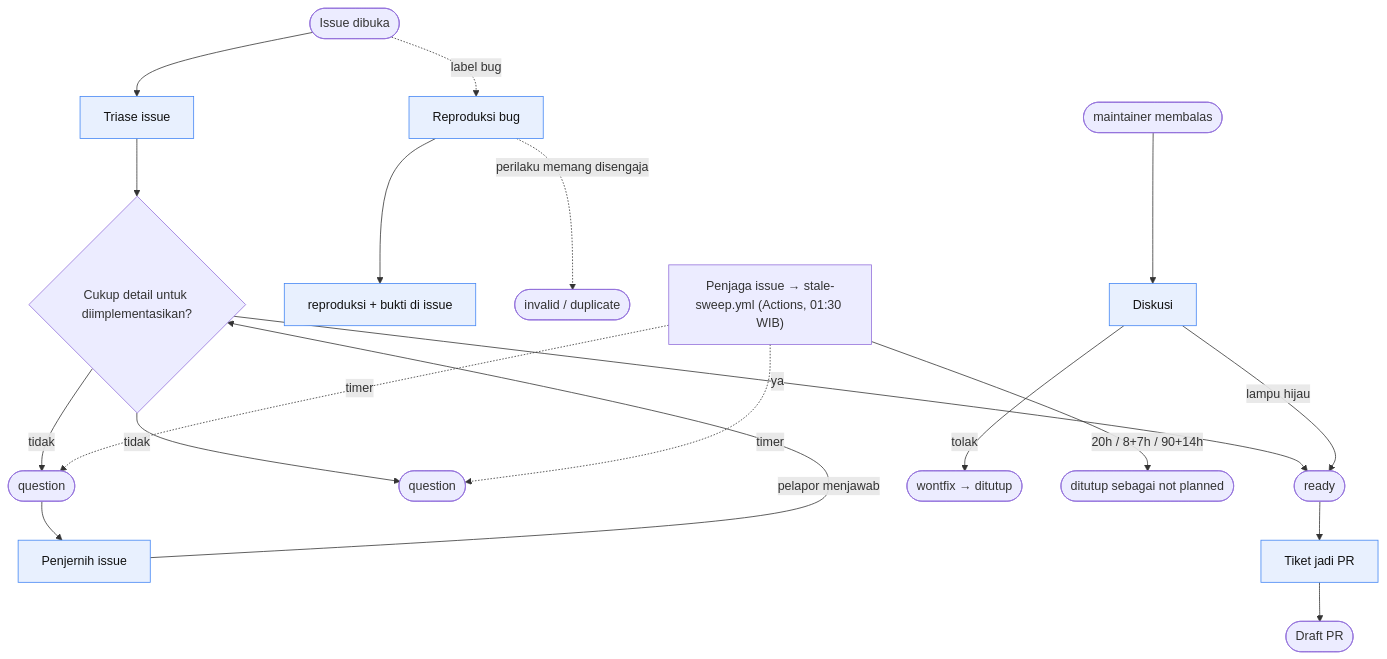
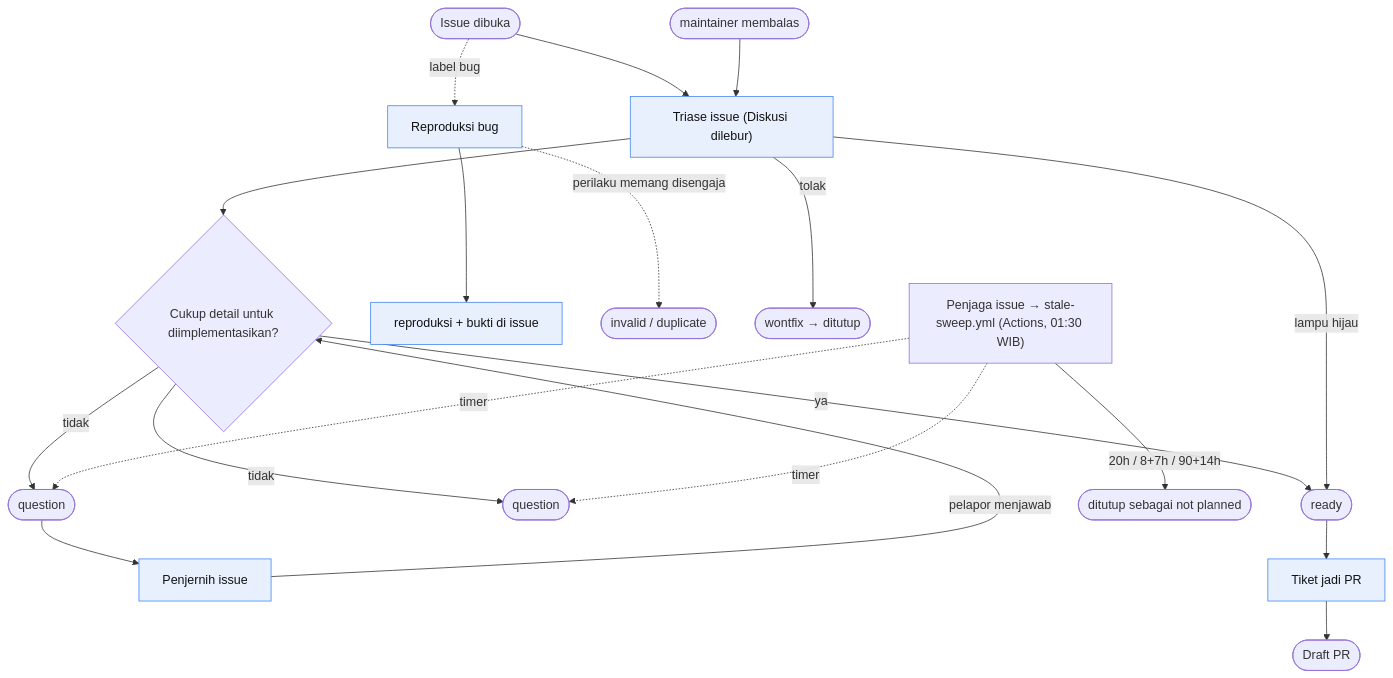
One commit to cipansor/cipansor changed the third of 6 diagrams in docs/SDLC-FLOW.md. Above: the diagram before and after it, drawn with Mermaid. The commit also changed other lines of this file and 12 other files, not shown here.

````diff
--- a/docs/SDLC-FLOW.md
+++ b/docs/SDLC-FLOW.md
@@ -540,29 +538,29 @@
 ```mermaid
 flowchart TD
   classDef cloud fill:#e8f0fe,stroke:#4285f4,color:#111;
   classDef human fill:#e9f7ef,stroke:#27ae60,color:#111;
 
   I([Issue dibuka]) --> C15["Triase issue"]:::cloud
   C15 --> D{"Cukup detail untuk diimplementasikan?"}
   D -- ya --> R(["ready"])
   D -- tidak --> Q(["question"])
   D -- tidak --> NI(["question"])
 
   NI --> C16["Penjernih issue"]:::cloud
   C16 -- "pelapor menjawab" --> D
 
   I -. "label bug" .-> C5["Reproduksi bug"]:::cloud
   C5 --> BUG["reproduksi + bukti di issue"]:::cloud
   C5 -. "perilaku memang disengaja" .-> INV(["invalid / duplicate"])
 
-  PM(["maintainer membalas"]) --> C22["Diskusi"]:::cloud
-  C22 -- "lampu hijau" --> R
-  C22 -- "tolak" --> WF(["wontfix → ditutup"])
+  PM(["maintainer membalas"]) --> C15["Triase issue (Diskusi dilebur)"]:::cloud
+  C15 -- "lampu hijau" --> R
+  C15 -- "tolak" --> WF(["wontfix → ditutup"])
 
   R --> C6["Tiket jadi PR"]:::cloud --> DPR([Draft PR])
 
   C21["Penjaga issue → stale-sweep.yml (Actions, 01:30 WIB)"]:::gh
   C21 -. "timer" .-> NI
   C21 -. "timer" .-> Q
   C21 -- "20h / 8+7h / 90+14h" --> CL(["ditutup sebagai not planned"])
 ```
````
